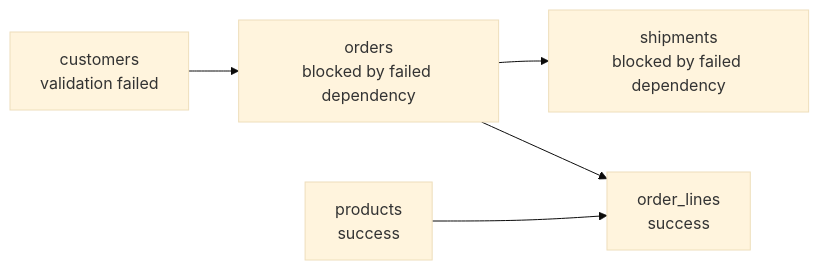
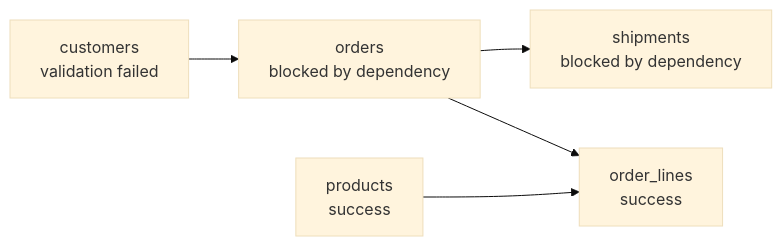
One commit to Tomoscorbin/delta-engine changed the fifth of 5 diagrams in docs/explanation-architecture.md. Above: the diagram before and after it, drawn with Mermaid (base theme). The commit also changed other lines of this file, not shown here.

Commit message:
Improve architecture explanation docs

````diff
--- a/docs/explanation-architecture.md
+++ b/docs/explanation-architecture.md
@@ -187,7 +299,7 @@
 ```mermaid
 flowchart LR
-    Customers[customers<br/>validation failed] --> Orders[orders<br/>blocked by failed dependency]
-    Orders --> Shipments[shipments<br/>blocked by failed dependency]
+    Customers[customers<br/>validation failed] --> Orders[orders<br/>blocked by dependency]
+    Orders --> Shipments[shipments<br/>blocked by dependency]
     Products[products<br/>success] --> OrderLines[order_lines<br/>success]
     Orders --> OrderLines
 ```
````
